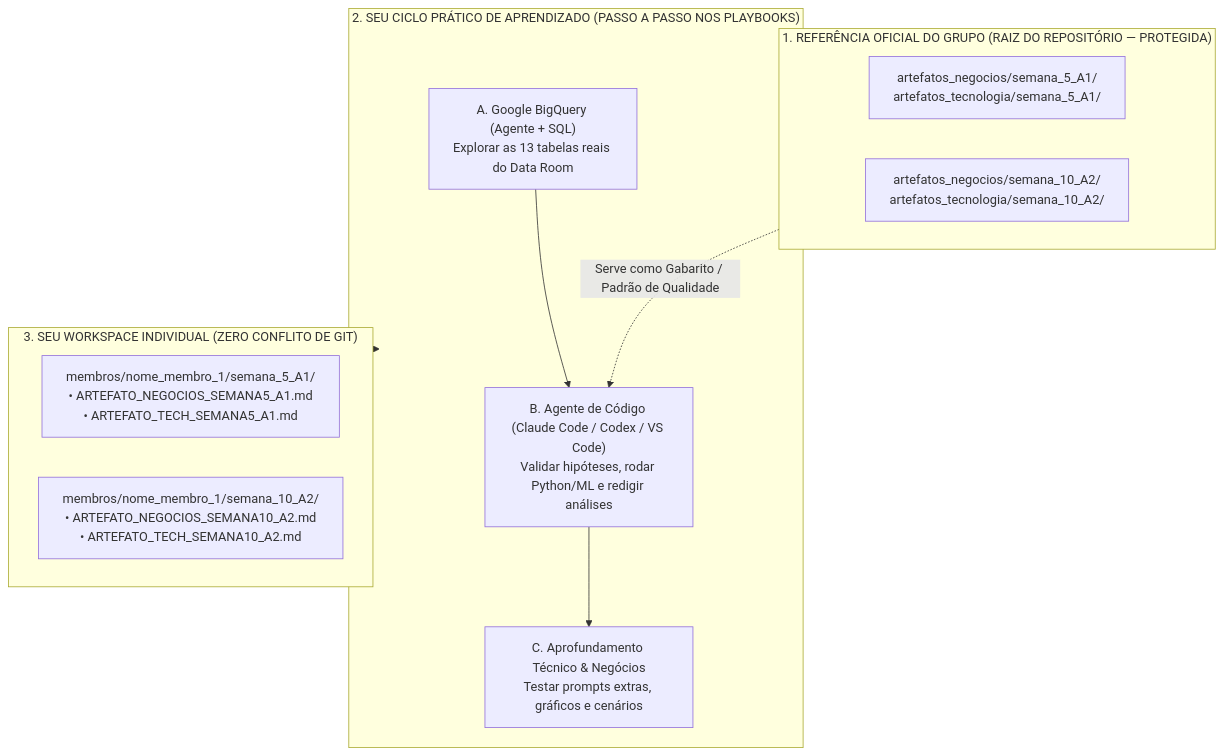
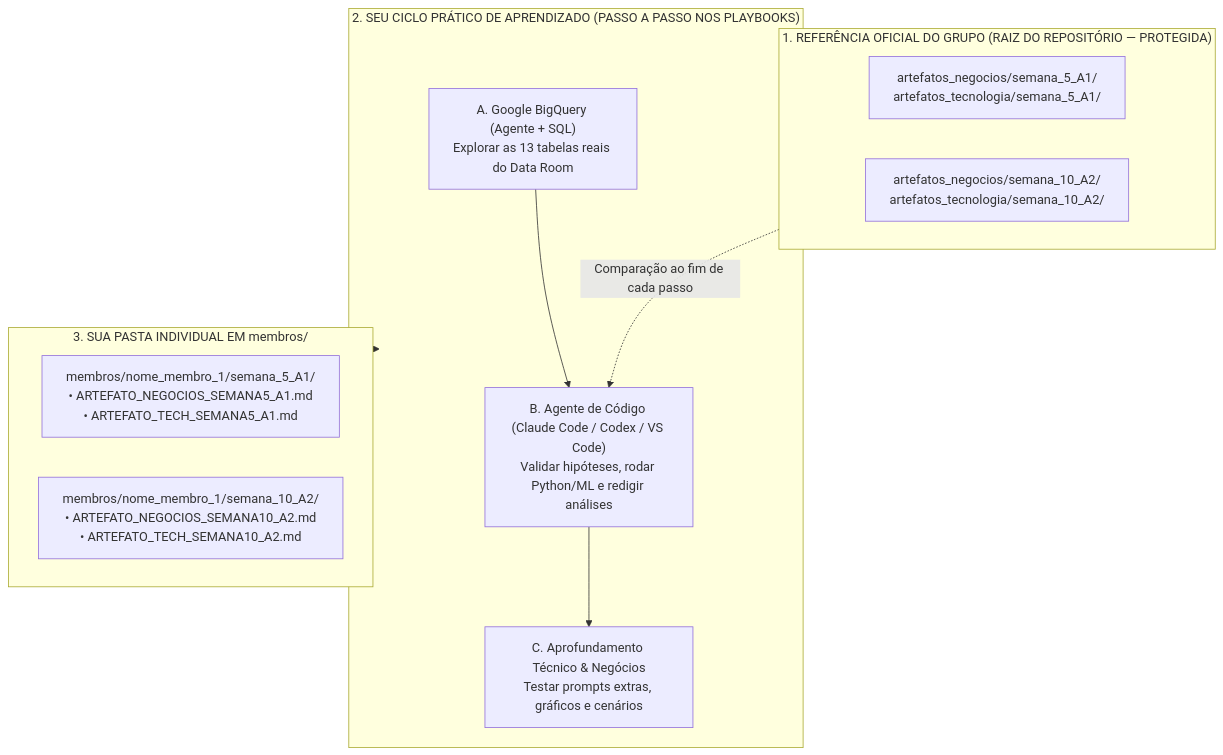
One commit to leomaquiaveli/02-mba-modulo-2 changed the diagram in 01_gerenciamento_de_tarefas/roteiro_execucao_pratica/00_CRONOGRAMA_E_SETUP_AMBIENTE.md. Above: the diagram before and after it, drawn with Mermaid. The commit also changed other lines of this file and 3 other files, not shown here.

````diff
--- a/01_gerenciamento_de_tarefas/roteiro_execucao_pratica/00_CRONOGRAMA_E_SETUP_AMBIENTE.md
+++ b/01_gerenciamento_de_tarefas/roteiro_execucao_pratica/00_CRONOGRAMA_E_SETUP_AMBIENTE.md
@@ -17,22 +17,22 @@
 ```mermaid
 flowchart TD
     subgraph Oficial ["1. REFERÊNCIA OFICIAL DO GRUPO (RAIZ DO REPOSITÓRIO — PROTEGIDA)"]
         RefA1["artefatos_negocios/semana_5_A1/<br/>artefatos_tecnologia/semana_5_A1/"]
         RefA2["artefatos_negocios/semana_10_A2/<br/>artefatos_tecnologia/semana_10_A2/"]
     end
 
     subgraph Ciclo ["2. SEU CICLO PRÁTICO DE APRENDIZADO (PASSO A PASSO NOS PLAYBOOKS)"]
         BQ["A. Google BigQuery (Agente + SQL)<br/>Explorar as 13 tabelas reais do Data Room"]
         Code["B. Agente de Código (Claude Code / Codex / VS Code)<br/>Validar hipóteses, rodar Python/ML e redigir análises"]
         Deep["C. Aprofundamento Técnico & Negócios<br/>Testar prompts extras, gráficos e cenários"]
         BQ --> Code --> Deep
     end
 
-    subgraph MeuWorkspace ["3. SEU WORKSPACE INDIVIDUAL (ZERO CONFLITO DE GIT)"]
+    subgraph MeuWorkspace ["3. SUA PASTA INDIVIDUAL EM membros/"]
         MyA1["membros/nome_membro_1/semana_5_A1/<br/>• ARTEFATO_NEGOCIOS_SEMANA5_A1.md<br/>• ARTEFATO_TECH_SEMANA5_A1.md"]
         MyA2["membros/nome_membro_1/semana_10_A2/<br/>• ARTEFATO_NEGOCIOS_SEMANA10_A2.md<br/>• ARTEFATO_TECH_SEMANA10_A2.md"]
     end
 
-    Oficial -. "Serve como Gabarito / Padrão de Qualidade" .-> Code
+    Oficial -. "Comparação ao fim de cada passo" .-> Code
     Ciclo --> MeuWorkspace
 ```
````
